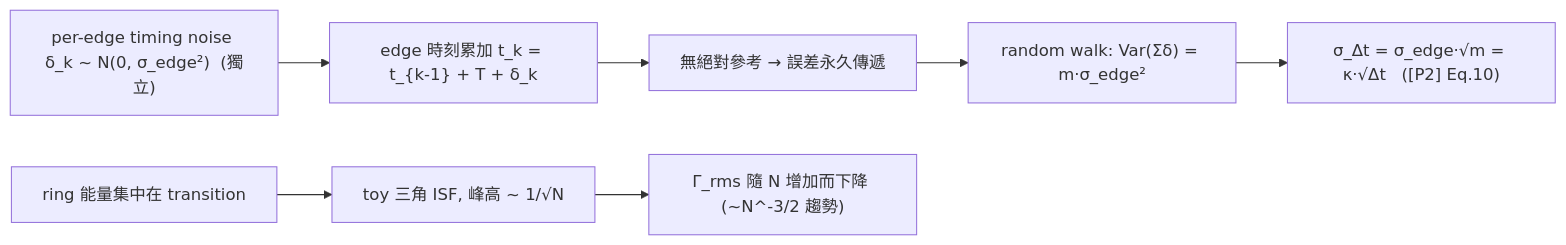
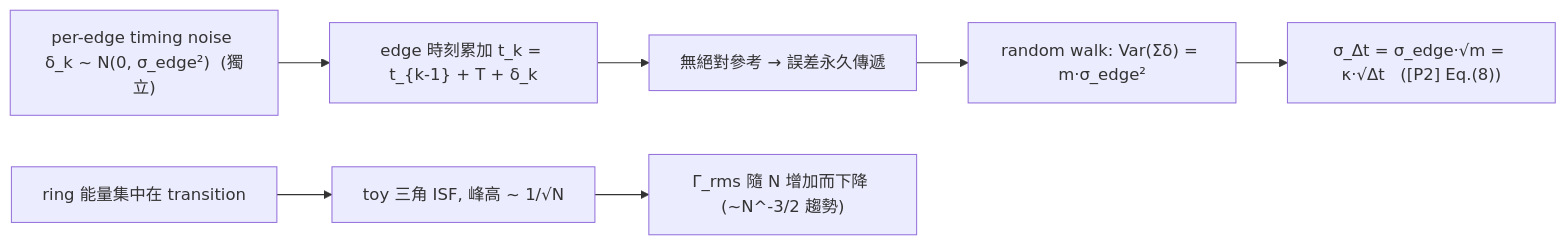
One commit to gmcycle7/isf-teaching-site changed the diagram in docs/04_simulation_labs/lab_03_ring_oscillator_toy_model.md. Above: the diagram before and after it, drawn with Mermaid. The commit also changed other lines of this file and 85 other files, not shown here.

````diff
--- a/docs/04_simulation_labs/lab_03_ring_oscillator_toy_model.md
+++ b/docs/04_simulation_labs/lab_03_ring_oscillator_toy_model.md
@@ -81,9 +81,9 @@
 ```mermaid
 flowchart LR
   A["per-edge timing noise δ_k ~ N(0, σ_edge²)  (獨立)"] --> B["edge 時刻累加 t_k = t_{k-1} + T + δ_k"]
   B --> C["無絕對參考 → 誤差永久傳遞"]
   C --> D["random walk: Var(Σδ) = m·σ_edge²"]
-  D --> E["σ_Δt = σ_edge·√m = κ·√Δt   ([P2] Eq.10)"]
+  D --> E["σ_Δt = σ_edge·√m = κ·√Δt   ([P2] Eq.(8))"]
   F["ring 能量集中在 transition"] --> G["toy 三角 ISF, 峰高 ~ 1/√N"]
   G --> H["Γ_rms 隨 N 增加而下降 (~N^-3/2 趨勢)"]
 ```
````
